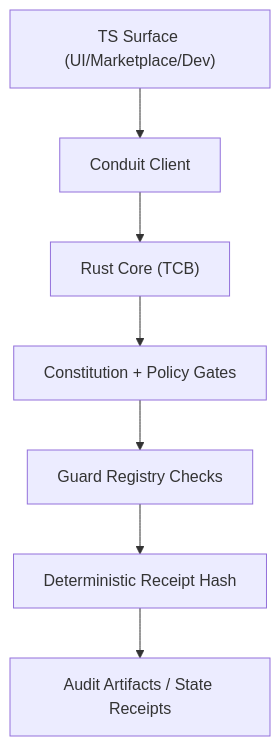
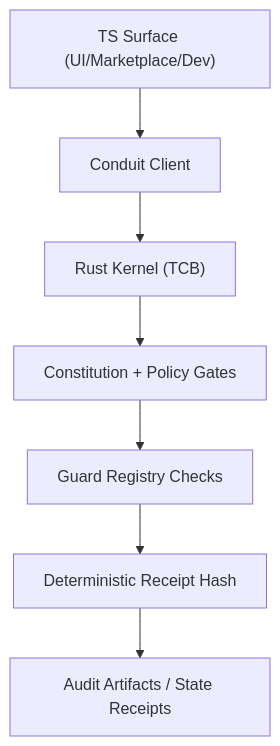
One commit to jakerslam/protheus changed the diagram in docs/client/SECURITY_POSTURE.md. Above: the diagram before and after it, drawn with Mermaid. The commit also changed other lines of this file and 848 other files, not shown here.

````diff
--- a/docs/client/SECURITY_POSTURE.md
+++ b/docs/client/SECURITY_POSTURE.md
@@ -29,9 +29,9 @@
 ```mermaid
 flowchart TD
   TS["TS Surface (UI/Marketplace/Dev)"] --> C["Conduit Client"]
-  C --> R["Rust Core (TCB)"]
+  C --> R["Rust Kernel (TCB)"]
   R --> P["Constitution + Policy Gates"]
   P --> G["Guard Registry Checks"]
   G --> H["Deterministic Receipt Hash"]
   H --> A["Audit Artifacts / State Receipts"]
 ```
````
